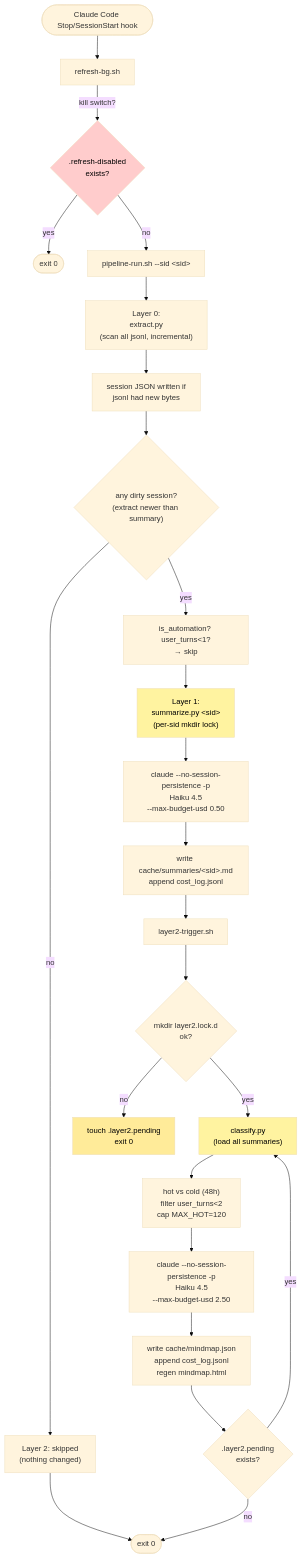
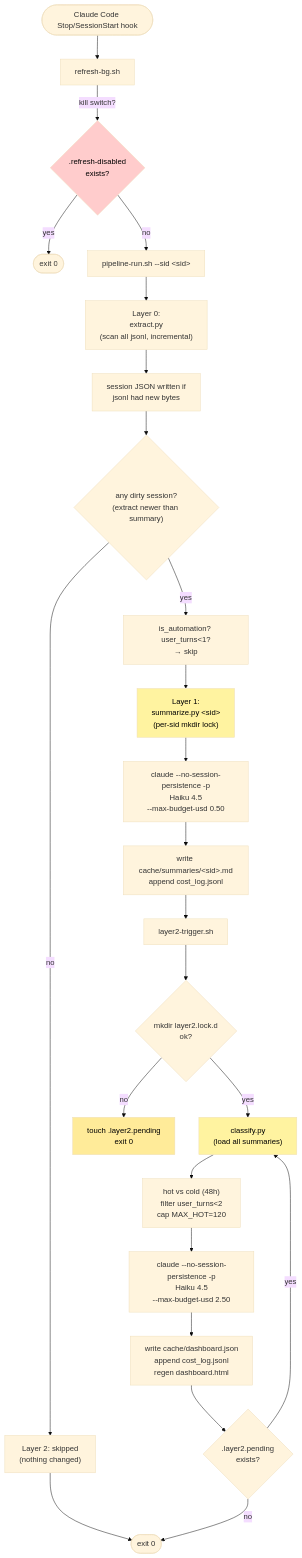
One commit to Icesource/claude-stray changed the third of 8 diagrams in docs/ARCHITECTURE.md. Above: the diagram before and after it, drawn with Mermaid (base theme). The commit also changed other lines of this file and 24 other files, not shown here.

First line of the commit message:
docs: 全仓文档去陈旧——mindmap-- → stray--、mindmap.json/.html → dashboard.*,ARCHITECTURE/TROUBLESHOOTING 更新

````diff
--- a/docs/ARCHITECTURE.md
+++ b/docs/ARCHITECTURE.md
@@ -204,34 +209,34 @@
 ```mermaid
 flowchart TD
     Hook(["Claude Code Stop/SessionStart hook"]) --> Bg["refresh-bg.sh"]
     Bg -->|kill switch?| KS{".refresh-disabled<br/>exists?"}
     KS -- yes --> Exit0(["exit 0"])
     KS -- no --> Pipe["pipeline-run.sh --sid &lt;sid&gt;"]
 
     Pipe --> L0["Layer 0:<br/>extract.py<br/>(scan all jsonl, incremental)"]
     L0 --> L0Done["session JSON written if<br/>jsonl had new bytes"]
     L0Done --> Dirty{"any dirty session?<br/>(extract newer than summary)"}
     Dirty -- no --> Bump["Layer 2: skipped<br/>(nothing changed)"]
     Bump --> ExitOK(["exit 0"])
 
     Dirty -- yes --> Filter["is_automation? user_turns&lt;1?<br/>→ skip"]
     Filter --> L1["Layer 1:<br/>summarize.py &lt;sid&gt;<br/>(per-sid mkdir lock)"]
     L1 --> CC1["claude --no-session-persistence -p<br/>Haiku 4.5<br/>--max-budget-usd 0.50"]
     CC1 --> SumOut["write cache/summaries/&lt;sid&gt;.md<br/>append cost_log.jsonl"]
     SumOut --> Trigger["layer2-trigger.sh"]
 
     Trigger --> L2Lock{"mkdir layer2.lock.d<br/>ok?"}
     L2Lock -- no --> Pending["touch .layer2.pending<br/>exit 0"]
     L2Lock -- yes --> L2["classify.py<br/>(load all summaries)"]
     L2 --> Filter2["hot vs cold (48h)<br/>filter user_turns&lt;2<br/>cap MAX_HOT=120"]
     Filter2 --> CC2["claude --no-session-persistence -p<br/>Haiku 4.5<br/>--max-budget-usd 2.50"]
-    CC2 --> ClsOut["write cache/mindmap.json<br/>append cost_log.jsonl<br/>regen mindmap.html"]
+    CC2 --> ClsOut["write cache/dashboard.json<br/>append cost_log.jsonl<br/>regen dashboard.html"]
     ClsOut --> Pend2{".layer2.pending<br/>exists?"}
     Pend2 -- yes --> L2
     Pend2 -- no --> ExitOK
 
     style L1 fill:#fff3a0,color:#000
     style L2 fill:#fff3a0,color:#000
     style KS fill:#fcc,color:#000
     style Pending fill:#ffeb99,color:#000
 ```
````
